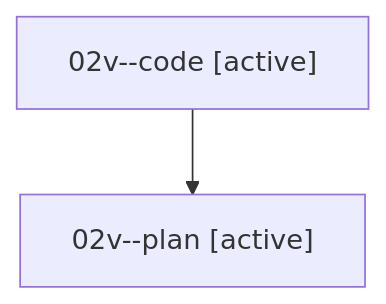
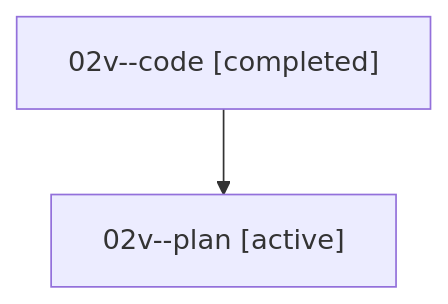
The diagram in families/bbugyi200.athena.02v.md (sase-org/sase--agents), drawn with Mermaid before and after one commit. The commit also changed other lines of this file and 35830 other files, not shown here.

````diff
--- a/families/bbugyi200.athena.02v.md
+++ b/families/bbugyi200.athena.02v.md
@@ -9,6 +9,6 @@
 ```mermaid
 flowchart TD
-  n0["02v--code [active]"]
+  n0["02v--code [completed]"]
   n1["02v--plan [active]"]
   n0 --> n1
 ```
````
